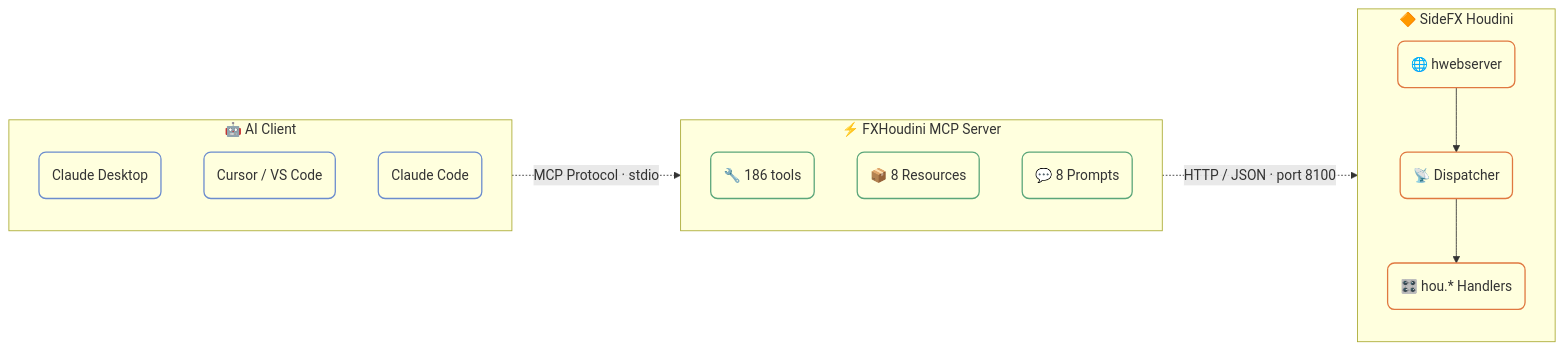
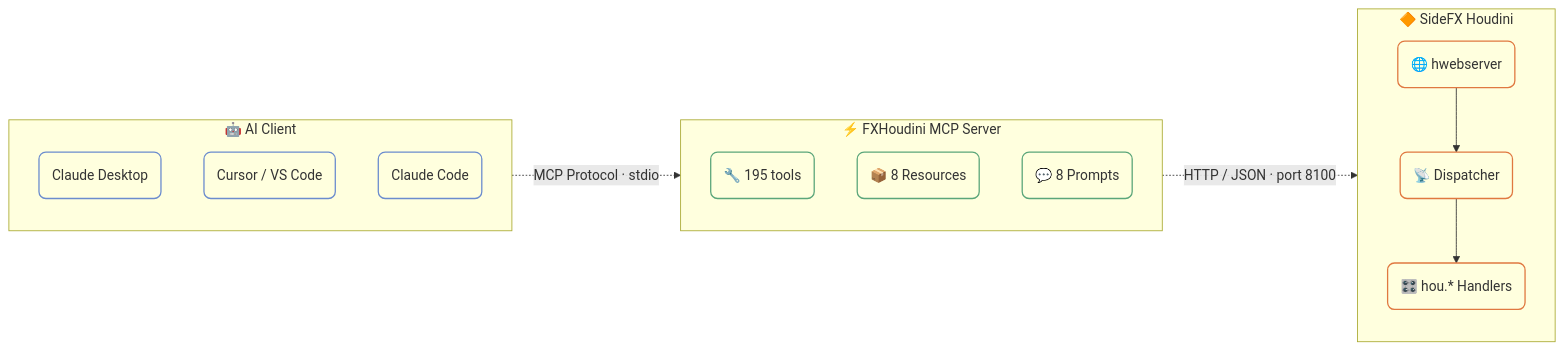
One commit to nscrdev/fxhoudinimcp changed the diagram in docs/index.md. Above: the diagram before and after it, drawn with Mermaid. The commit also changed other lines of this file and 4 other files, not shown here.

````diff
--- a/docs/index.md
+++ b/docs/index.md
@@ -40,35 +40,35 @@
 ```mermaid
 flowchart LR
     subgraph Client[" 🤖 AI Client "]
         direction TB
         A1("Claude Desktop")
         A2("Cursor / VS Code")
         A3("Claude Code")
     end
 
     subgraph MCP[" ⚡ FXHoudini MCP Server "]
         direction TB
-        B1("🔧 186 tools")
+        B1("🔧 195 tools")
         B2("📦 8 Resources")
         B3("💬 8 Prompts")
     end
 
     subgraph Houdini[" 🔶 SideFX Houdini "]
         direction TB
         C1("🌐 hwebserver")
         C2("📡 Dispatcher")
         C3("🎛️ hou.* Handlers")
         C1 --> C2 --> C3
     end
 
     Client -. "MCP Protocol · stdio" .-> MCP
     MCP -. "HTTP / JSON · port 8100" .-> Houdini
 
     classDef clientNode fill:transparent,stroke:#6b8cce,stroke-width:1.5px,rx:8,ry:8
     classDef mcpNode fill:transparent,stroke:#5ba67a,stroke-width:1.5px,rx:8,ry:8
     classDef houdiniNode fill:transparent,stroke:#e07840,stroke-width:1.5px,rx:8,ry:8
 
     class A1,A2,A3 clientNode
     class B1,B2,B3 mcpNode
     class C1,C2,C3 houdiniNode
 ```
````
